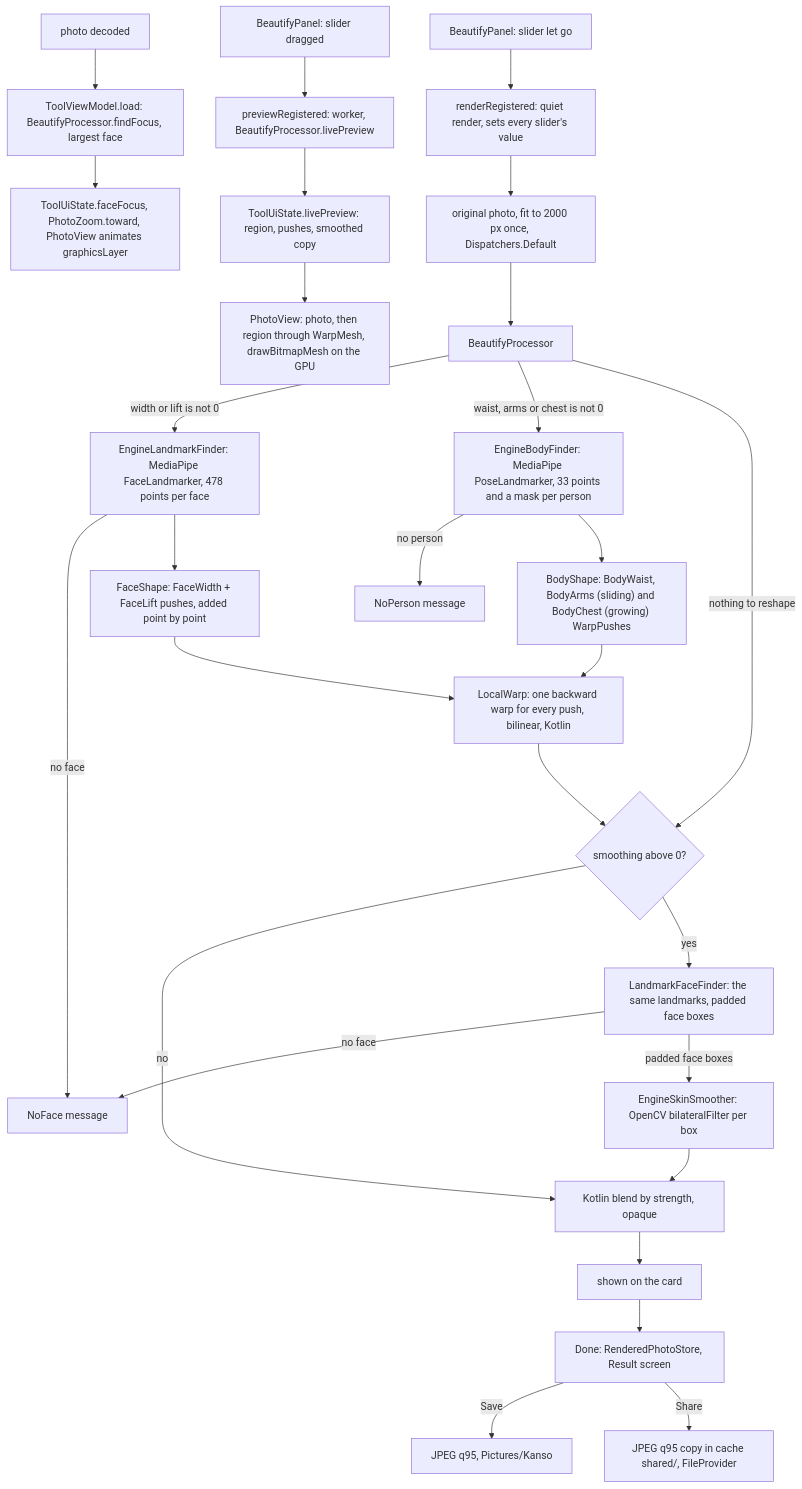
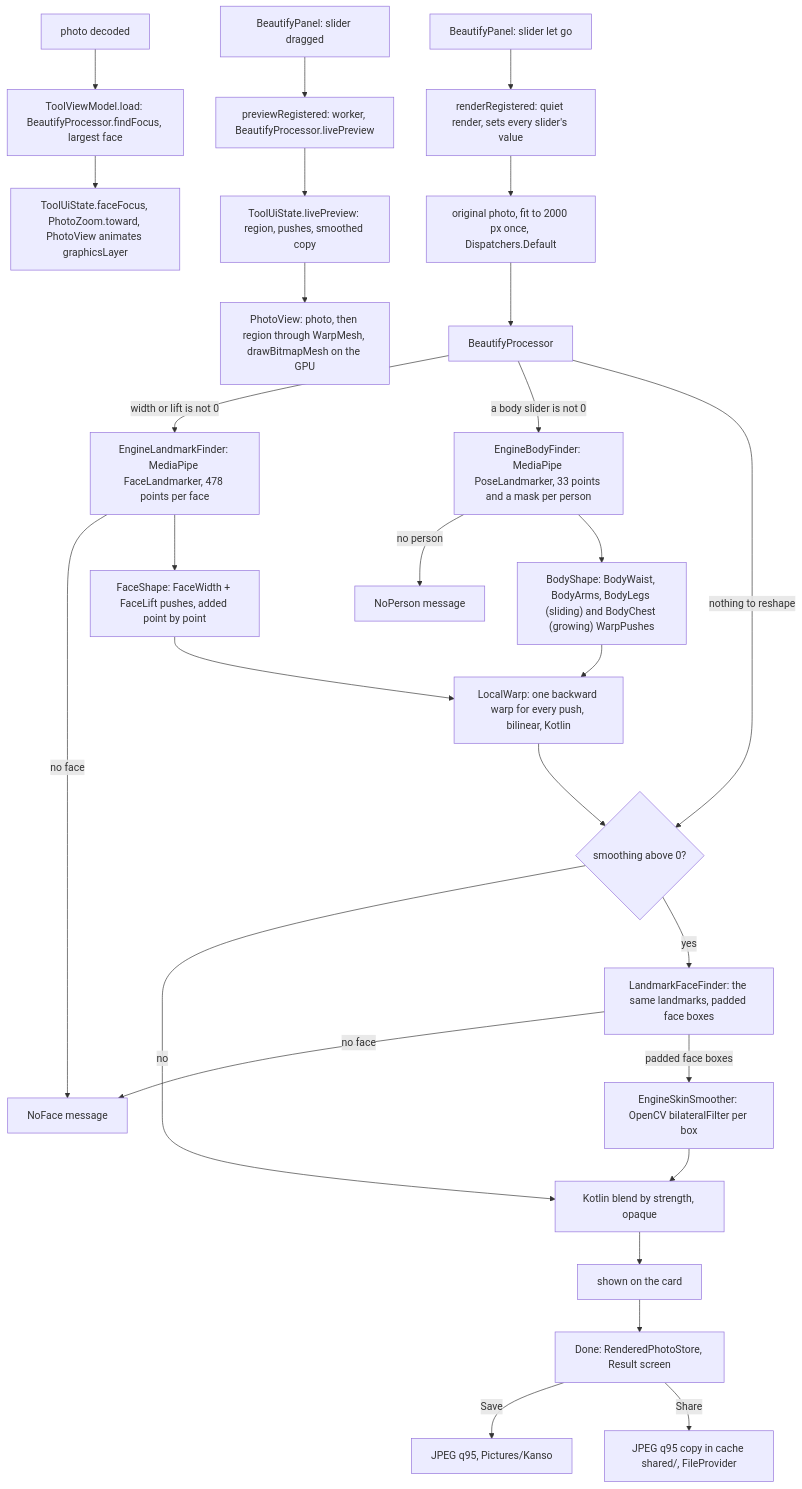
One commit to Phong-Kaster/Kanso changed the diagram in docs/features/beautify.md. Above: the diagram before and after it, drawn with Mermaid. The commit also changed other lines of this file and 18 other files, not shown here.

First line of the commit message:
feat(beautify): Body > Legs, slimmer or thicker thighs and calves

````diff
--- a/docs/features/beautify.md
+++ b/docs/features/beautify.md
@@ -136,30 +140,30 @@
 ```mermaid
 flowchart TD
     Z["photo decoded"] --> Z1["ToolViewModel.load: BeautifyProcessor.findFocus, largest face"]
     Z1 --> Z2["ToolUiState.faceFocus, PhotoZoom.toward, PhotoView animates graphicsLayer"]
     P["BeautifyPanel: slider dragged"] --> P1["previewRegistered: worker, BeautifyProcessor.livePreview"]
     P1 --> P2["ToolUiState.livePreview: region, pushes, smoothed copy"]
     P2 --> P3["PhotoView: photo, then region through WarpMesh, drawBitmapMesh on the GPU"]
     A["BeautifyPanel: slider let go"] --> B["renderRegistered: quiet render, sets every slider's value"]
     B --> C["original photo, fit to 2000 px once, Dispatchers.Default"]
     C --> D["BeautifyProcessor"]
     D -->|"width or lift is not 0"| W1["EngineLandmarkFinder: MediaPipe FaceLandmarker, 478 points per face"]
     W1 -->|"no face"| N
     W1 --> W2["FaceShape: FaceWidth + FaceLift pushes, added point by point"]
-    D -->|"waist, arms or chest is not 0"| B1["EngineBodyFinder: MediaPipe PoseLandmarker, 33 points and a mask per person"]
+    D -->|"a body slider is not 0"| B1["EngineBodyFinder: MediaPipe PoseLandmarker, 33 points and a mask per person"]
     B1 -->|"no person"| NP["NoPerson message"]
-    B1 --> B2["BodyShape: BodyWaist, BodyArms (sliding) and BodyChest (growing) WarpPushes"]
+    B1 --> B2["BodyShape: BodyWaist, BodyArms, BodyLegs (sliding) and BodyChest (growing) WarpPushes"]
     W2 --> W3["LocalWarp: one backward warp for every push, bilinear, Kotlin"]
     B2 --> W3
     D -->|"nothing to reshape"| S0
     W3 --> S0{"smoothing above 0?"}
     S0 -->|"no"| G
     S0 -->|"yes"| E["LandmarkFaceFinder: the same landmarks, padded face boxes"]
     E -->|"no face"| N["NoFace message"]
     E -->|"padded face boxes"| F["EngineSkinSmoother: OpenCV bilateralFilter per box"]
     F --> G["Kotlin blend by strength, opaque"]
     G --> I["shown on the card"]
     I --> K["Done: RenderedPhotoStore, Result screen"]
     K -->|Save| H["JPEG q95, Pictures/Kanso"]
     K -->|Share| L["JPEG q95 copy in cache shared/, FileProvider"]
 ```
````
